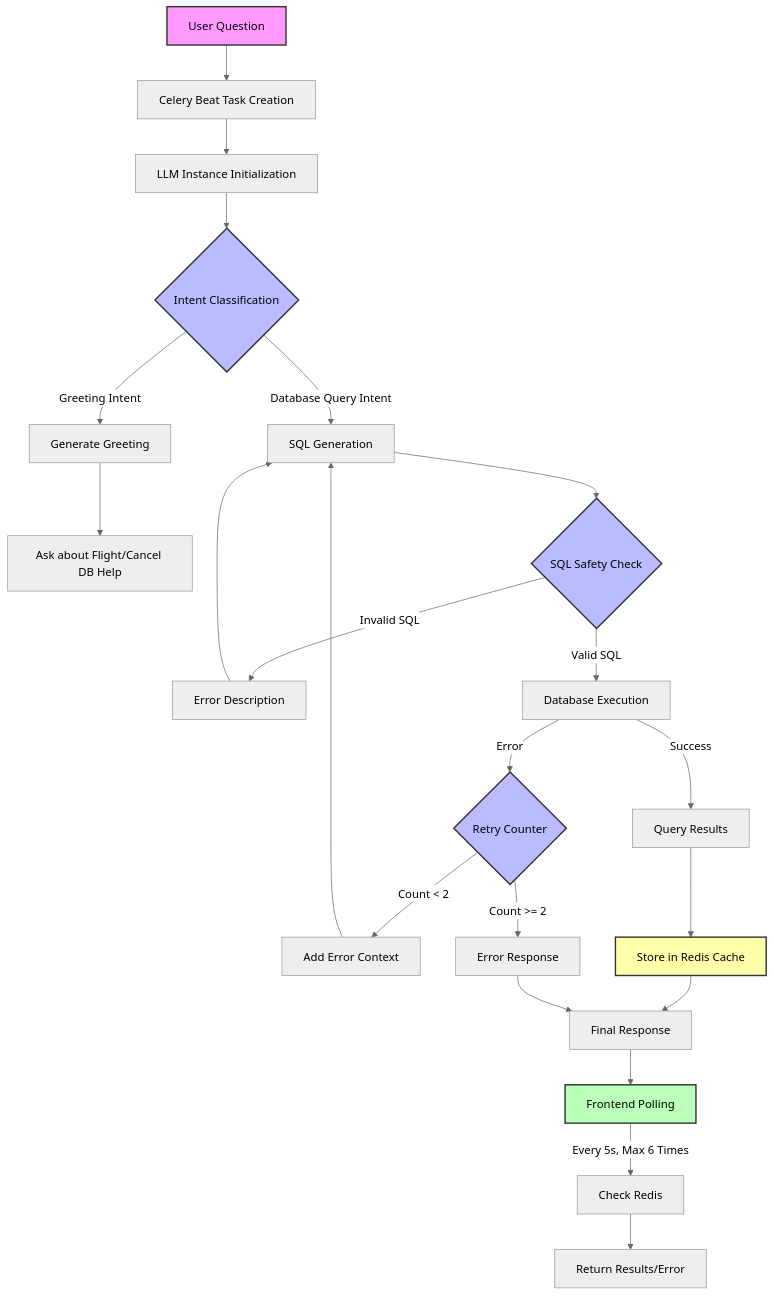
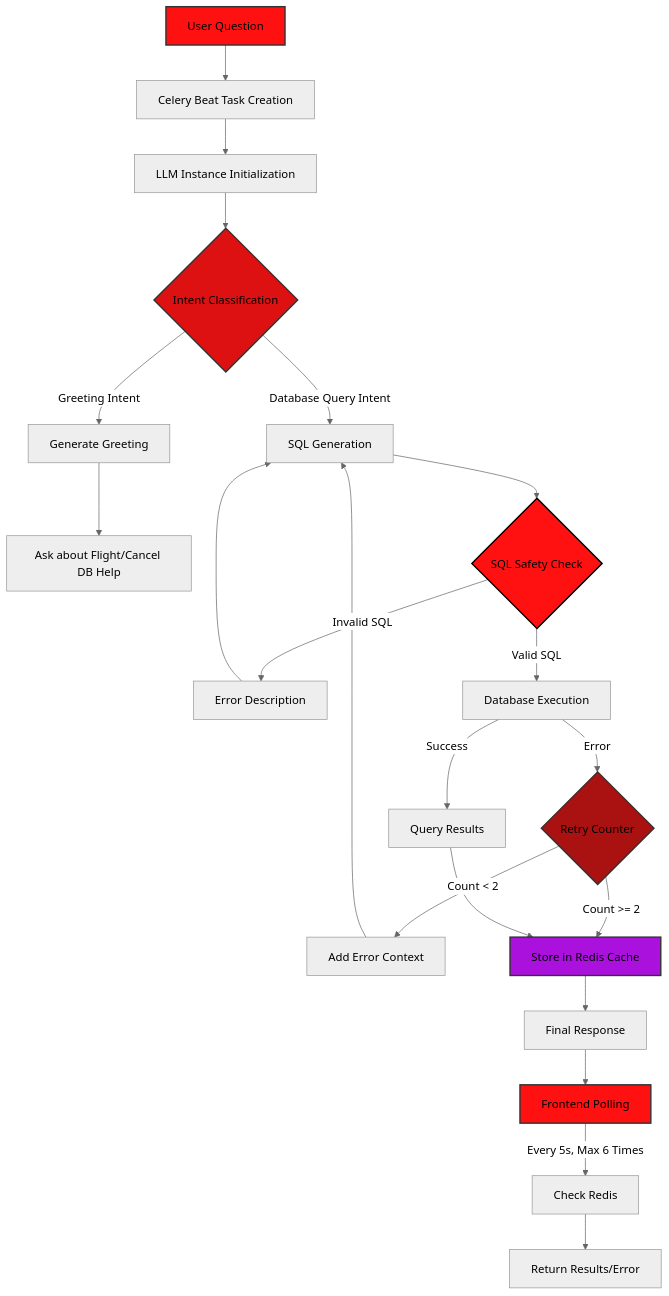
One commit to prabigya-pathak108/AssignmentTask changed the diagram in README.md. Above: the diagram before and after it, drawn with Mermaid (neutral theme).

Commit message:
readme updated

````diff
--- a/README.md
+++ b/README.md
@@ -11,38 +11,38 @@
 ```mermaid
 graph TD
     A[User Question] --> B[Celery Beat Task Creation]
     B --> C[LLM Instance Initialization]
     C --> D{Intent Classification}
     
     D -->|Greeting Intent| E[Generate Greeting]
     E --> F[Ask about Flight/Cancel DB Help]
     
     D -->|Database Query Intent| G[SQL Generation]
     G --> H{SQL Safety Check}
     H -->|Invalid SQL| I[Error Description]
     I --> G
     
     H -->|Valid SQL| J[Database Execution]
     J -->|Error| K{Retry Counter}
     K -->|Count < 2| L[Add Error Context]
     L --> G
     
-    K -->|Count >= 2| M[Error Response]
+    K -->|Count >= 2| O[Store in Redis Cache]
     
     J -->|Success| N[Query Results]
     N --> O[Store in Redis Cache]
     
     O --> P[Final Response]
-    M --> P
+   
     
     P --> Q[Frontend Polling]
     Q -->|Every 5s, Max 6 Times| R[Check Redis]
     R --> S[Return Results/Error]
     
-    style A fill:#f9f,stroke:#333,stroke-width:2px
-    style D fill:#bbf,stroke:#333,stroke-width:2px
-    style H fill:#bbf,stroke:#333,stroke-width:2px
-    style K fill:#bbf,stroke:#333,stroke-width:2px
-    style O fill:#ffa,stroke:#333,stroke-width:2px
-    style Q fill:#bfb,stroke:#333,stroke-width:2px
+    style A fill:#f11,stroke:#333,stroke-width:2px
+    style D fill:#d11,stroke:#333,stroke-width:2px
+    style H fill:#f11,stroke:#000,stroke-width:2px
+    style K fill:#a11,stroke:#333,stroke-width:2px
+    style O fill:#a1d,stroke:#333,stroke-width:2px
+    style Q fill:#f11,stroke:#333,stroke-width:2px
 ```
````
